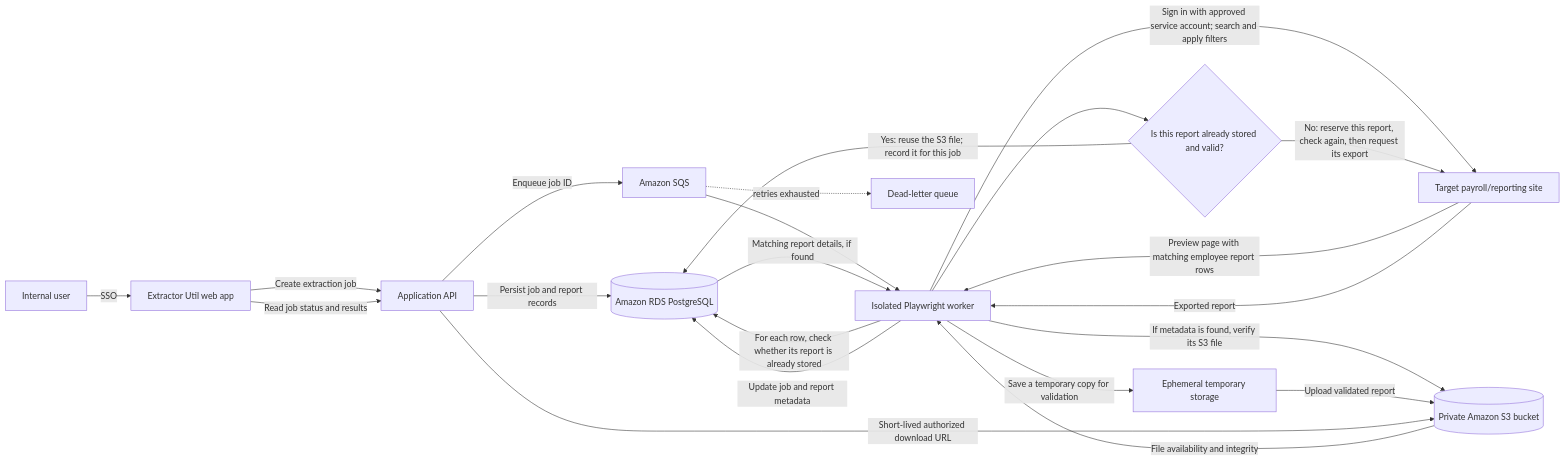
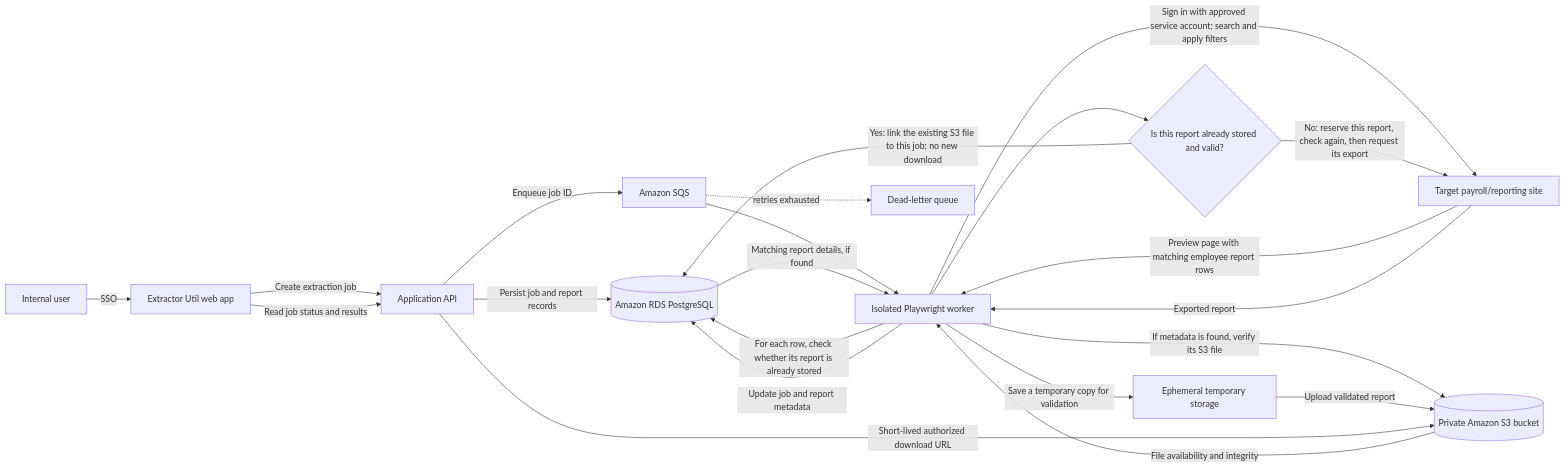
The diagram in solution-design.md (karthiks2k/extractor-util), drawn with Mermaid before and after one commit. The commit also changed other lines of this file, not shown here.

````diff
--- a/solution-design.md
+++ b/solution-design.md
@@ -33,24 +33,24 @@
 ```mermaid
 flowchart LR
     User[Internal user] -->|SSO| UI[Extractor Util web app]
     UI -->|Create extraction job| API[Application API]
     API -->|Persist job and report records| DB[(Amazon RDS PostgreSQL)]
     API -->|Enqueue job ID| Queue[Amazon SQS]
     Queue --> Worker[Isolated Playwright worker]
     Worker -->|Sign in with approved service account; search and apply filters| Target[Target payroll/reporting site]
     Target -->|Preview page with matching employee report rows| Worker
     Worker -->|For each row, check whether its report is already stored| DB
     DB -->|Matching report details, if found| Worker
     Worker -->|If metadata is found, verify its S3 file| S3[(Private Amazon S3 bucket)]
     S3 -->|File availability and integrity| Worker
     Worker --> StoredReport{Is this report already stored and valid?}
-    StoredReport -->|Yes: reuse the S3 file; record it for this job| DB
+    StoredReport -->|Yes: link the existing S3 file to this job; no new download| DB
     StoredReport -->|No: reserve this report, check again, then request its export| Target
     Target -->|Exported report| Worker
     Worker -->|Save a temporary copy for validation| Temp[Ephemeral temporary storage]
     Temp -->|Upload validated report| S3
     Worker -->|Update job and report metadata| DB
     UI -->|Read job status and results| API
     API -->|Short-lived authorized download URL| S3
     Queue -. retries exhausted .-> DLQ[Dead-letter queue]
 ```
````
